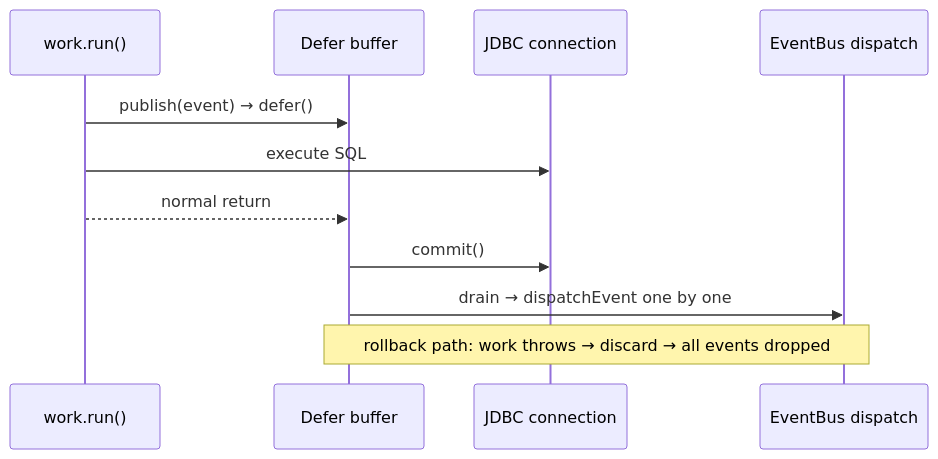
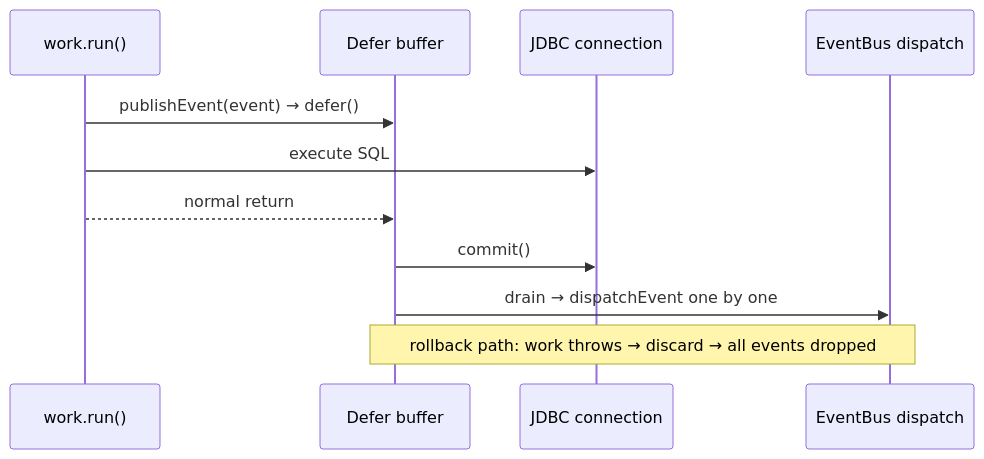
The diagram in docs/design/defer.md (dzb/freeway), drawn with Mermaid before and after one commit. The commit also changed other lines of this file and 112 other files, not shown here.

````diff
--- a/docs/design/defer.md
+++ b/docs/design/defer.md
@@ -185,13 +185,13 @@
 ```mermaid
 sequenceDiagram
     participant W as work.run()
     participant D as Defer buffer
     participant DB as JDBC connection
     participant B as EventBus dispatch
-    W->>D: publish(event) → defer()
+    W->>D: publishEvent(event) → defer()
     W->>DB: execute SQL
     W-->>D: normal return
     D->>DB: commit()
     D->>B: drain → dispatchEvent one by one
     Note over D,B: rollback path: work throws → discard → all events dropped
 ```
````
